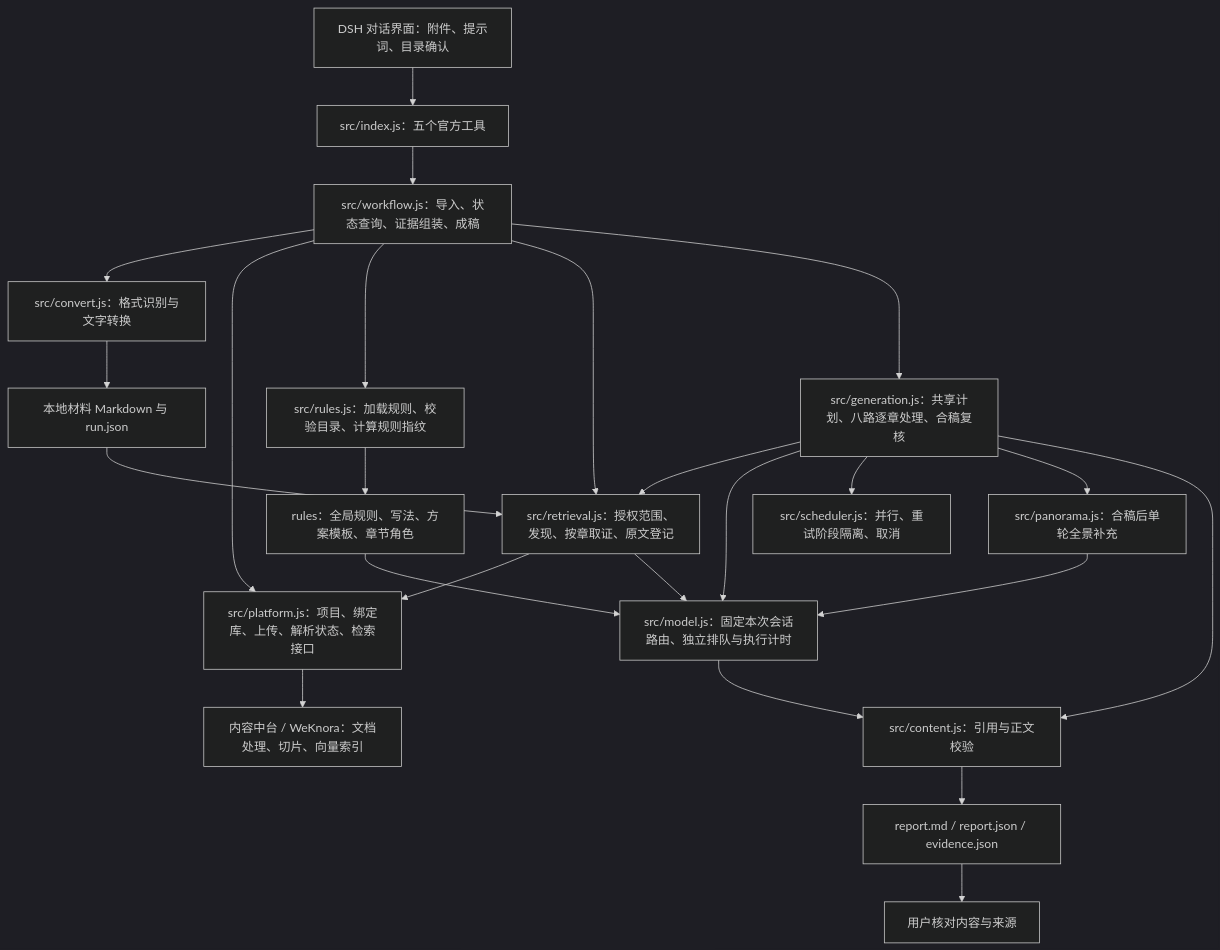
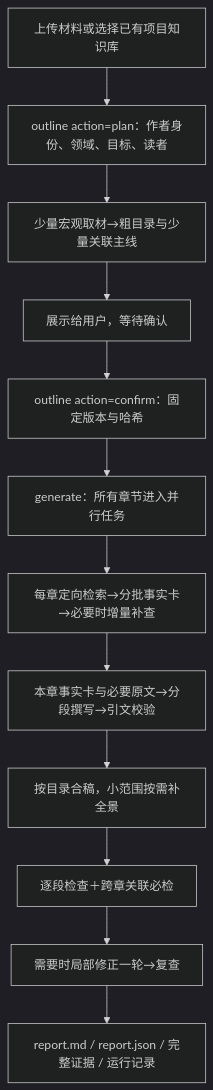
The diagram in README.md (z460046000-ops/WLYD_content), drawn with Mermaid (dark theme) before and after one commit. The commit also changed other lines of this file and 25 other files, not shown here.

````diff
--- a/README.md
+++ b/README.md
@@ -26,26 +53,14 @@
 ```mermaid
 flowchart TD
-    A[DSH 对话界面：附件、提示词、目录确认] --> B[src/index.js：五个官方工具]
-    B --> C[src/workflow.js：导入、状态查询、证据组装、成稿]
-    C --> D[src/convert.js：格式识别与文字转换]
-    D --> E[本地材料 Markdown 与 run.json]
-    C --> F[src/platform.js：项目、绑定库、上传、解析状态、检索接口]
-    F --> G[内容中台 / WeKnora：文档处理、切片、向量索引]
-    C --> H[src/rules.js：加载规则、校验目录、计算规则指纹]
-    H --> I[rules：全局规则、写法、方案模板、章节角色]
-    C --> R[src/retrieval.js：授权范围、发现、按章取证、原文登记]
-    R --> F
-    E --> R
-    C --> N[src/generation.js：共享计划、八路逐章处理、合稿复核]
-    N --> R
-    N --> J[src/model.js：固定本次会话路由、独立排队与执行计时]
-    N --> S[src/scheduler.js：并行、重试阶段隔离、取消]
-    N --> P[src/panorama.js：合稿后单轮全景补充]
-    P --> J
-    N --> K[src/content.js：引用与正文校验]
-    R --> J
-    I --> J
-    J --> K
-    K --> L[report.md / report.json / evidence.json]
-    L --> M[用户核对内容与来源]
+    A[上传材料或选择已有项目知识库] --> B[outline action=plan：作者身份、领域、目标、读者]
+    B --> C[少量宏观取材→粗目录与少量关联主线]
+    C --> D[展示给用户，等待确认]
+    D --> E[outline action=confirm：固定版本与哈希]
+    E --> F[generate：所有章节进入并行任务]
+    F --> G[每章定向检索→分批事实卡→必要时增量补查]
+    G --> H[本章事实卡与必要原文→分段撰写→引文校验]
+    H --> I[按目录合稿，小范围按需补全景]
+    I --> J[逐段检查＋跨章关联必检]
+    J --> K[需要时局部修正一轮→复查]
+    K --> L[report.md / report.json / 完整证据 / 运行记录]
 ```
````
